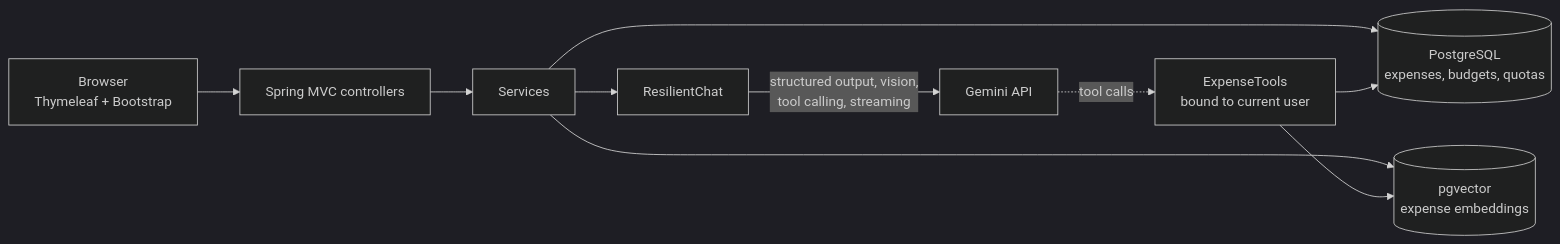
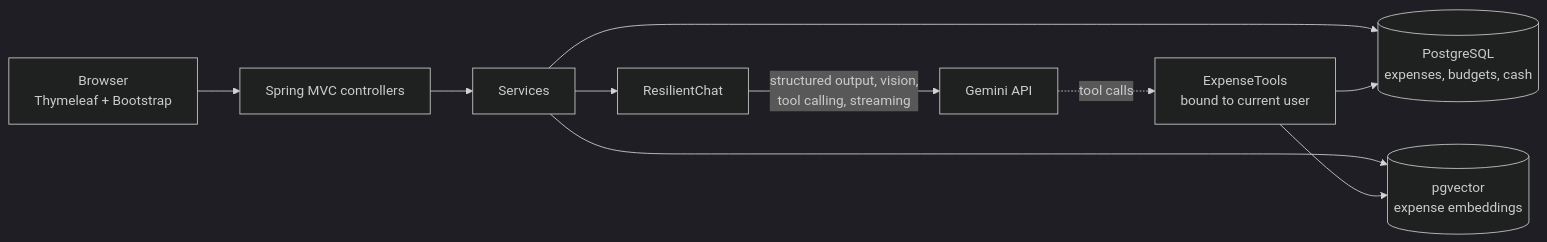
The diagram in README.md (sparshmittal99/SpendWitz), drawn with Mermaid (dark theme) before and after one commit. The commit also changed other lines of this file and 24 other files, not shown here.

````diff
--- a/README.md
+++ b/README.md
@@ -28,12 +28,12 @@
 ```mermaid
 flowchart LR
     B[Browser<br/>Thymeleaf + Bootstrap] --> C[Spring MVC controllers]
     C --> S[Services]
-    S --> R[(PostgreSQL<br/>expenses, budgets, quotas)]
+    S --> R[(PostgreSQL<br/>expenses, budgets, cash)]
     S --> V[(pgvector<br/>expense embeddings)]
     S --> RC[ResilientChat]
     RC -->|structured output, vision,<br/>tool calling, streaming| G[Gemini API]
     G -.->|tool calls| T[ExpenseTools<br/>bound to current user]
     T --> R
     T --> V
 ```
````
